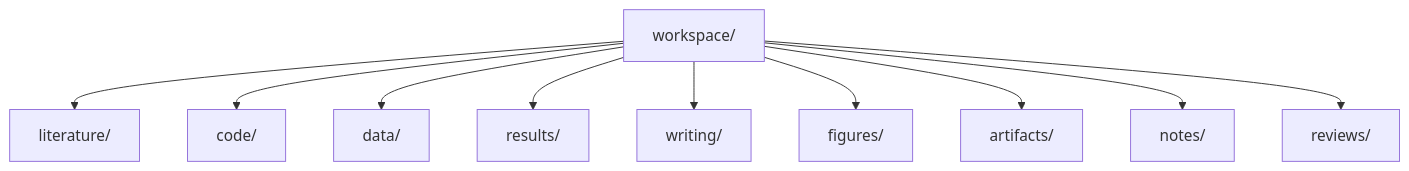
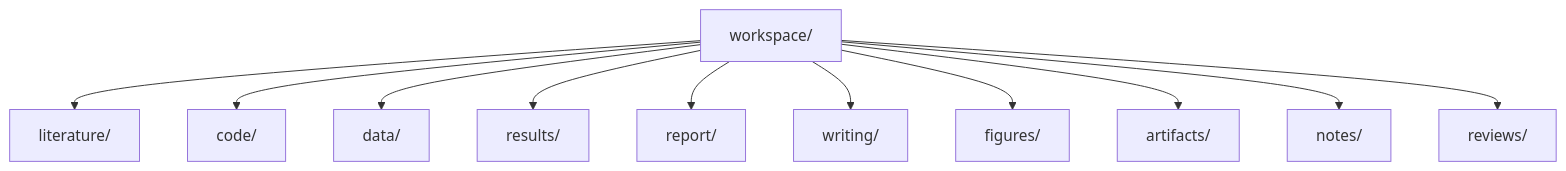
The fourth of 4 diagrams in README.md (tangxiangru/AutoR), drawn with Mermaid before and after one commit. The commit also changed other lines of this file and 26 other files, not shown here.

````diff
--- a/README.md
+++ b/README.md
@@ -662,12 +666,13 @@
 ```mermaid
 flowchart TD
     A[workspace/] --> B[literature/]
     A --> C[code/]
     A --> D[data/]
     A --> E[results/]
+    A --> R[report/]
     A --> F[writing/]
     A --> G[figures/]
     A --> H[artifacts/]
     A --> I[notes/]
     A --> J[reviews/]
 ```
````
